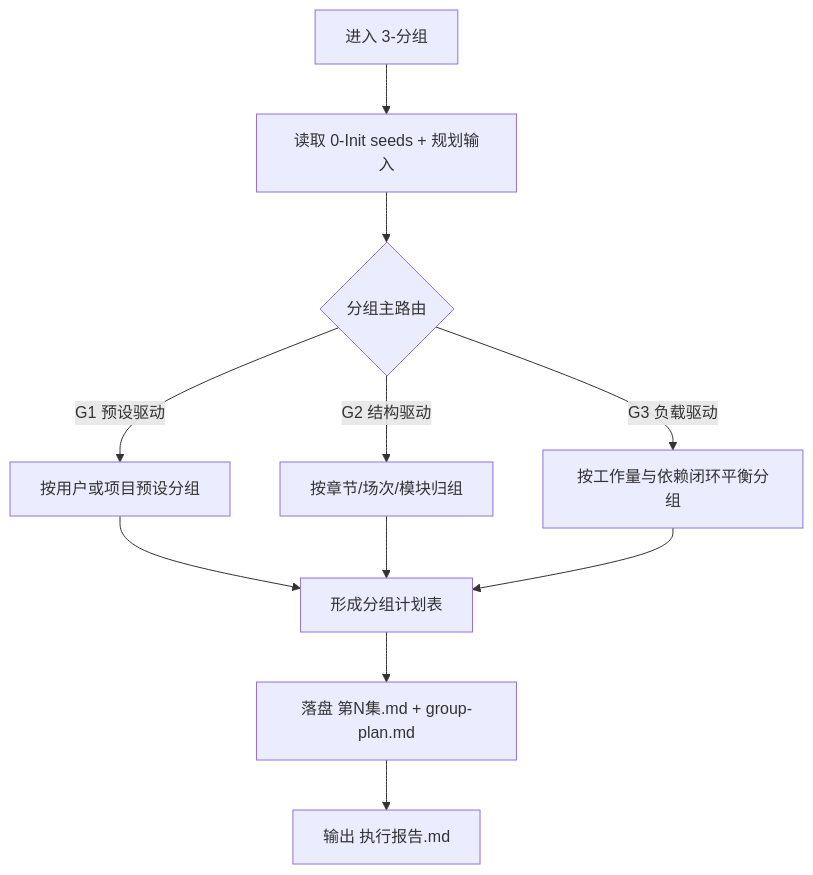
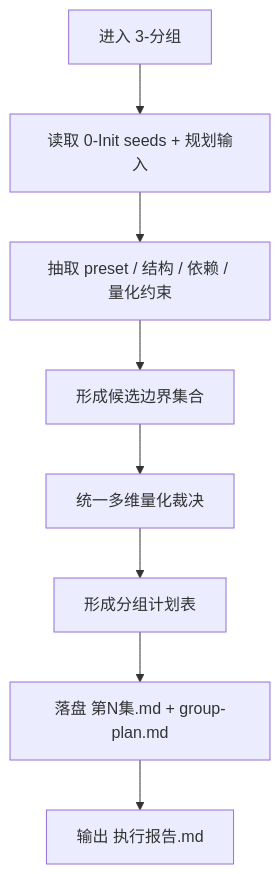
One commit to ZEN-VOID/AI-CUT changed the first of 2 diagrams in .agents/skills/aigc/1-规划/subtypes/3-分组/SKILL.md. Above: the diagram before and after it, drawn with Mermaid. The commit also changed other lines of this file and 54 other files, not shown here.

````diff
--- a/.agents/skills/aigc/1-规划/subtypes/3-分组/SKILL.md
+++ b/.agents/skills/aigc/1-规划/subtypes/3-分组/SKILL.md
@@ -73,13 +73,10 @@
 ```mermaid
 flowchart TD
     A["进入 3-分组"] --> B["读取 0-Init seeds + 规划输入"]
-    B --> C{"分组主路由"}
-    C -->|"G1 预设驱动"| D["按用户或项目预设分组"]
-    C -->|"G2 结构驱动"| E["按章节/场次/模块归组"]
-    C -->|"G3 负载驱动"| F["按工作量与依赖闭环平衡分组"]
-    D --> G["形成分组计划表"]
-    E --> G
-    F --> G
-    G --> H["落盘 第N集.md + group-plan.md"]
-    H --> I["输出 执行报告.md"]
+    B --> C["抽取 preset / 结构 / 依赖 / 量化约束"]
+    C --> D["形成候选边界集合"]
+    D --> E["统一多维量化裁决"]
+    E --> F["形成分组计划表"]
+    F --> G["落盘 第N集.md + group-plan.md"]
+    G --> H["输出 执行报告.md"]
 ```
````
